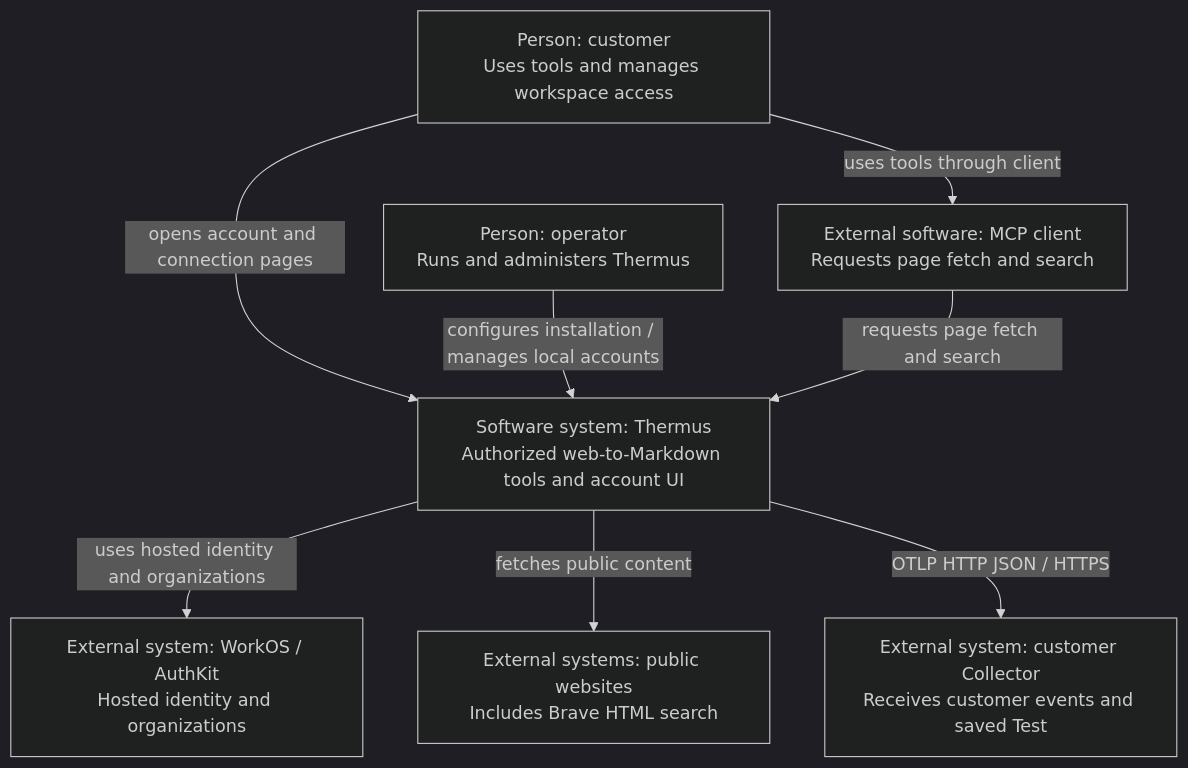
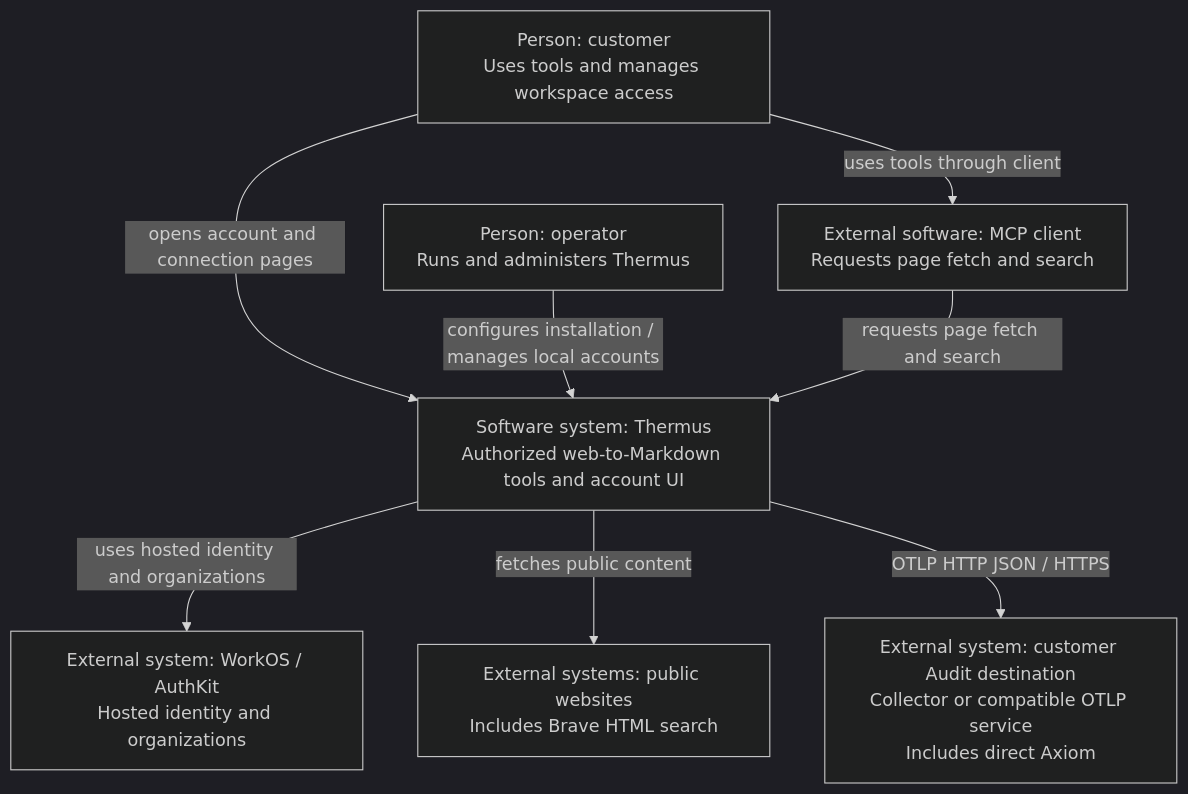
One commit to tomer-mayara/Thermus changed the first of 13 diagrams in architecture/components.md. Above: the diagram before and after it, drawn with Mermaid (dark theme). The commit also changed other lines of this file and 57 other files, not shown here.

Commit message:
Add direct Axiom Audit destinations and prepare rollout notices

````diff
--- a/architecture/components.md
+++ b/architecture/components.md
@@ -30,18 +30,18 @@
 ```mermaid
 %%{init: {"flowchart": {"wrappingWidth": 260}}}%%
 flowchart TB
   context_customer["Person: customer<br/>Uses tools and manages workspace access"]
   context_operator["Person: operator<br/>Runs and administers Thermus"]
   context_client["External software: MCP client<br/>Requests page fetch and search"]
   context_thermus["Software system: Thermus<br/>Authorized web-to-Markdown tools and account UI"]
   context_workos["External system: WorkOS / AuthKit<br/>Hosted identity and organizations"]
   context_public["External systems: public websites<br/>Includes Brave HTML search"]
-  context_collector["External system: customer Collector<br/>Receives customer events and saved Test"]
+  context_collector["External system: customer Audit destination<br/>Collector or compatible OTLP service<br/>Includes direct Axiom"]
   context_customer -->|uses tools through client| context_client
   context_customer -->|opens account and connection pages| context_thermus
   context_operator -->|configures installation / manages local accounts| context_thermus
   context_client -->|requests page fetch and search| context_thermus
   context_thermus -->|uses hosted identity and organizations| context_workos
   context_thermus -->|fetches public content| context_public
   context_thermus -->|OTLP HTTP JSON / HTTPS| context_collector
 ```
````
